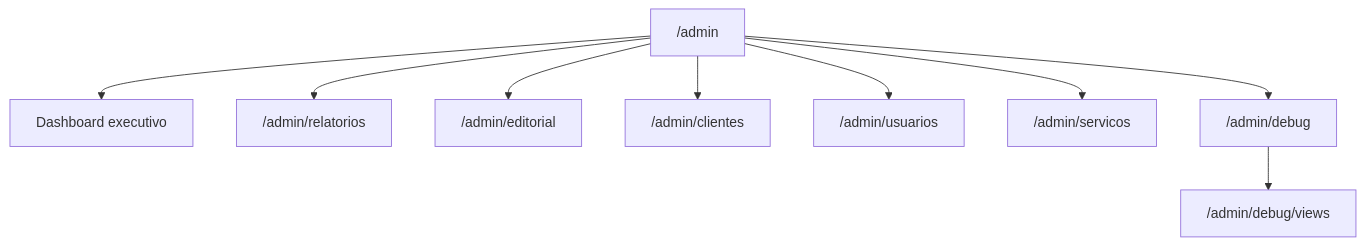
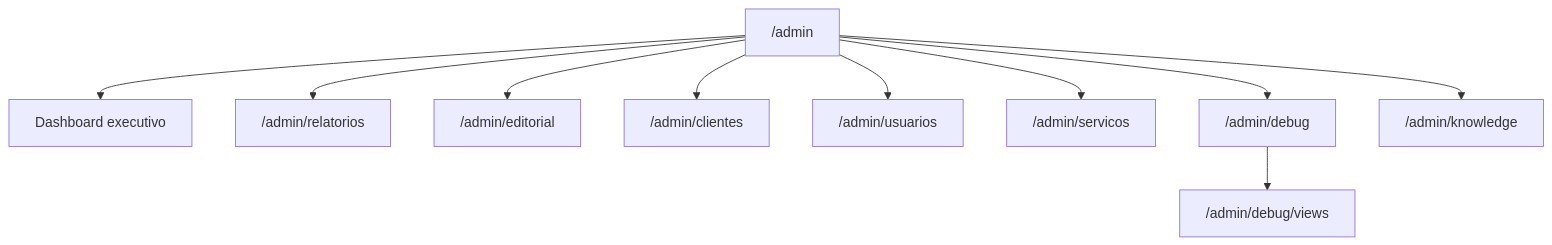
One commit to Lotus-ofc/supabase-magic-portal changed the diagram in docs/06-dashboards/admin-modules.md. Above: the diagram before and after it, drawn with Mermaid. The commit also changed other lines of this file and 40 other files, not shown here.

First line of the commit message:
feat: add native Knowledge Center admin module

````diff
--- a/docs/06-dashboards/admin-modules.md
+++ b/docs/06-dashboards/admin-modules.md
@@ -17,11 +17,12 @@
 ```mermaid
 flowchart TB
     A["/admin"] --> B["Dashboard executivo"]
     A --> R["/admin/relatorios"]
     A --> E["/admin/editorial"]
     A --> C["/admin/clientes"]
     A --> U["/admin/usuarios"]
     A --> S["/admin/servicos"]
     A --> D["/admin/debug"]
     D --> DV["/admin/debug/views"]
+    A --> K["/admin/knowledge"]
 ```
````
